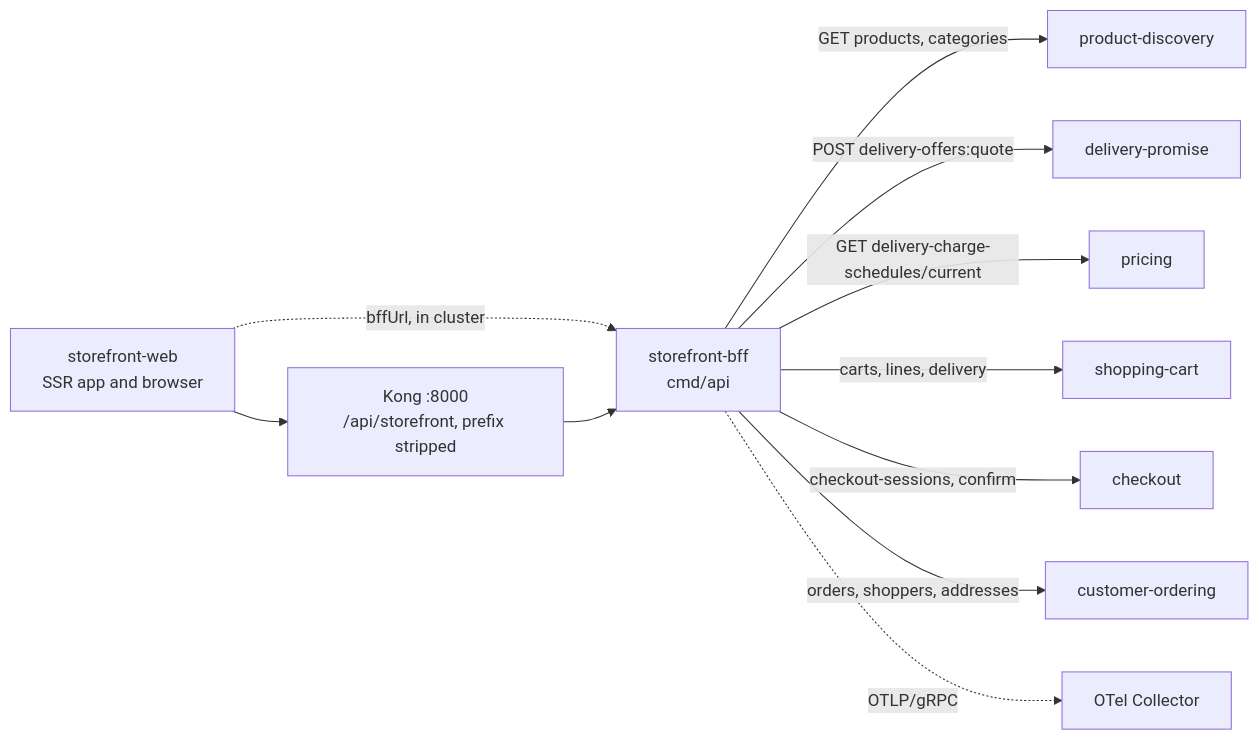
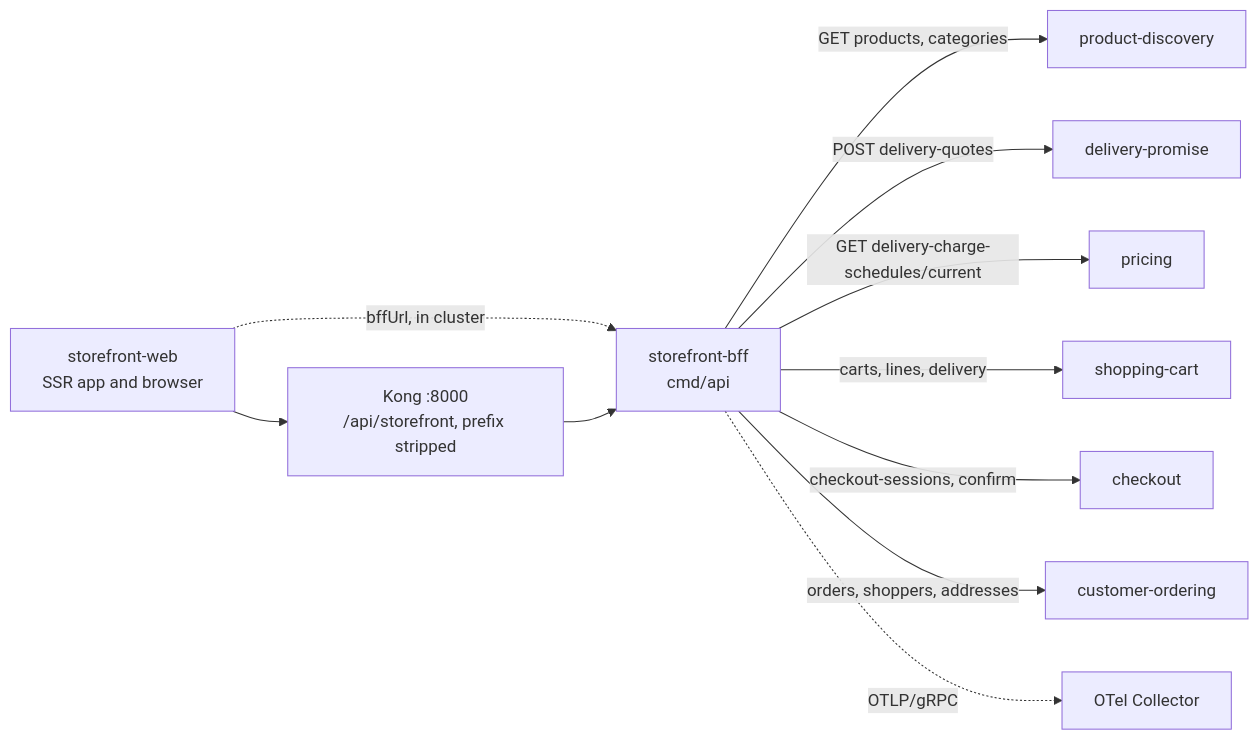
Before and after one commit to IQVO/storefront-bff: the diagram in docs/docs/ecosystem/integration.md, drawn with Mermaid. The commit also changed other lines of this file and 17 other files, not shown here.

````diff
--- a/docs/docs/ecosystem/integration.md
+++ b/docs/docs/ecosystem/integration.md
@@ -27,23 +27,23 @@
 ```mermaid
 flowchart LR
     WEB["storefront-web<br/>SSR app and browser"]
     KONG["Kong :8000<br/>/api/storefront, prefix stripped"]
     BFF["storefront-bff<br/>cmd/api"]
     PD["product-discovery"]
     DP["delivery-promise"]
     PR["pricing"]
     SC["shopping-cart"]
     CK["checkout"]
     CO["customer-ordering"]
     OC["OTel Collector"]
     WEB --> KONG
     WEB -. "bffUrl, in cluster" .-> BFF
     KONG --> BFF
     BFF -->|"GET products, categories"| PD
-    BFF -->|"POST delivery-offers:quote"| DP
+    BFF -->|"POST delivery-quotes"| DP
     BFF -->|"GET delivery-charge-schedules/current"| PR
     BFF -->|"carts, lines, delivery"| SC
     BFF -->|"checkout-sessions, confirm"| CK
     BFF -->|"orders, shoppers, addresses"| CO
     BFF -. "OTLP/gRPC" .-> OC
 ```
````
